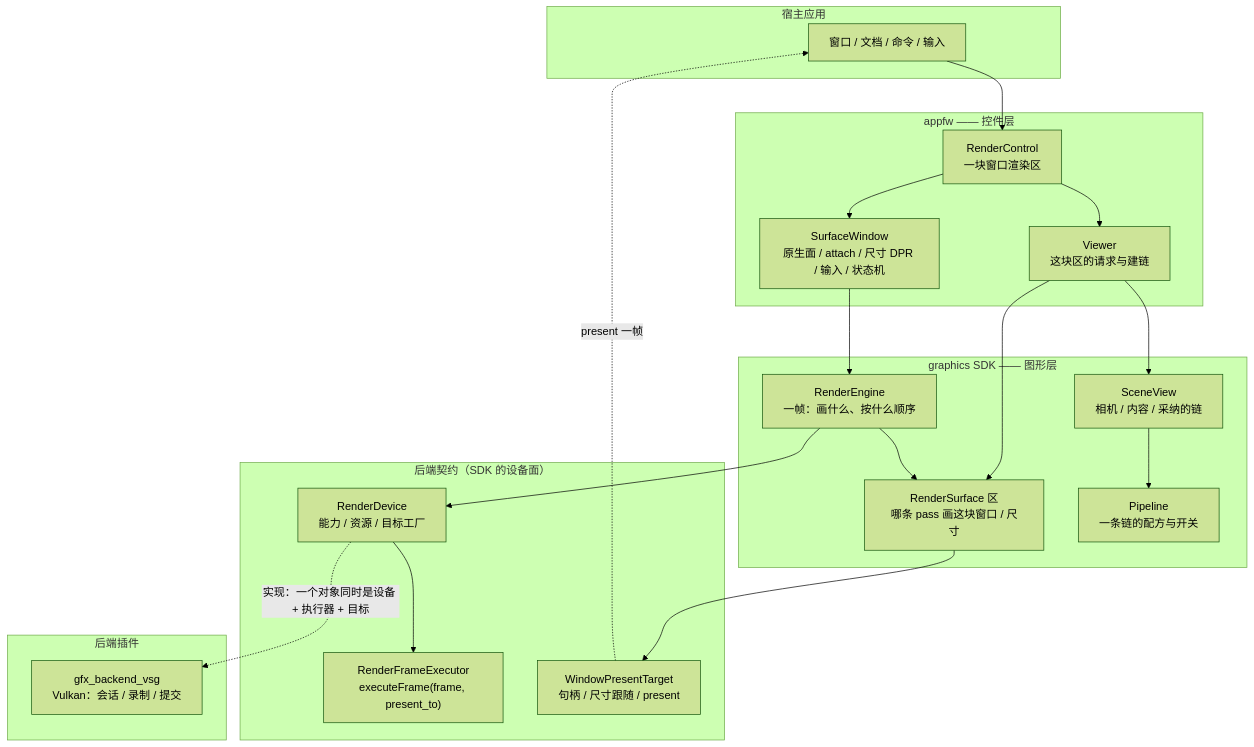
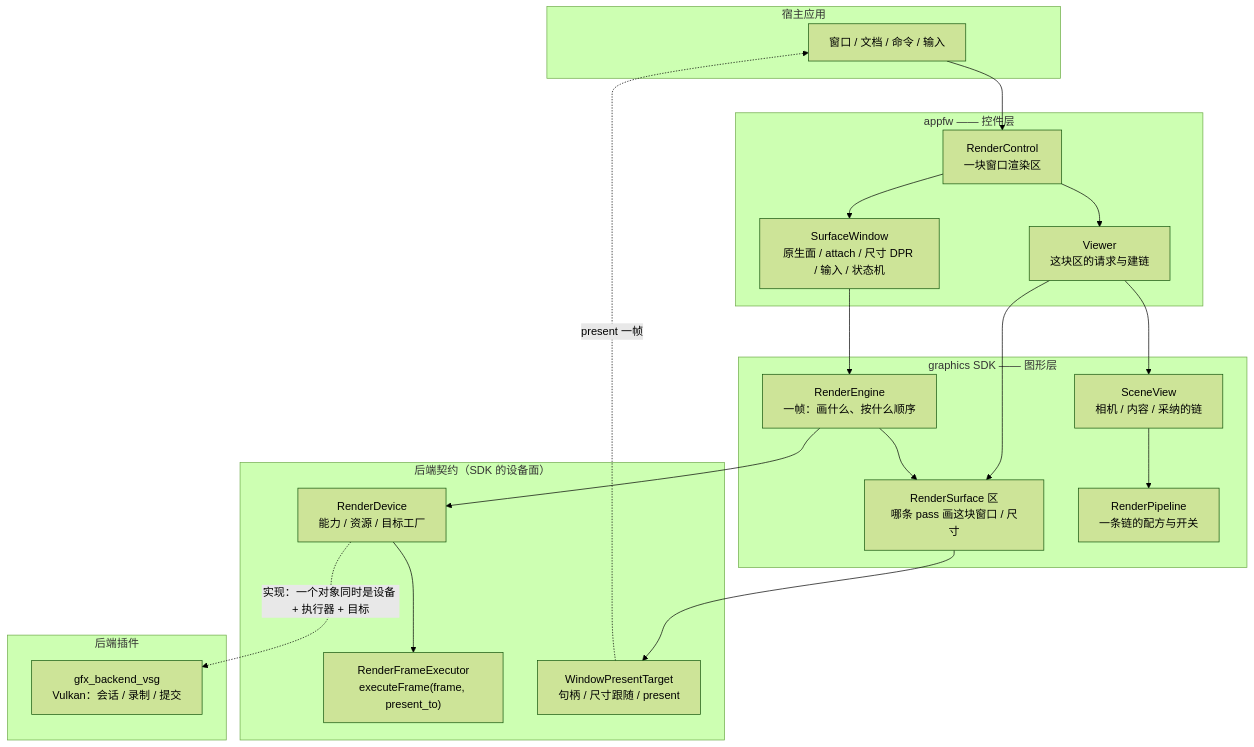
The first of 2 diagrams in docs/guides/render-views.md (lonelyong/Vine), drawn with Mermaid (forest theme) before and after one commit. The commit also changed other lines of this file and 41 other files, not shown here.

First line of the commit message:
graphics: the pass chain is RenderPipeline, not a PSO (K1)

````diff
--- a/docs/guides/render-views.md
+++ b/docs/guides/render-views.md
@@ -29,43 +29,43 @@
 ```mermaid
 graph TB
     subgraph app["宿主应用"]
         HOST["窗口 / 文档 / 命令 / 输入"]
     end
 
     subgraph fw["appfw —— 控件层"]
         RC["RenderControl<br/>一块窗口渲染区"]
         SW["SurfaceWindow<br/>原生面 / attach / 尺寸 DPR / 输入 / 状态机"]
         VW["Viewer<br/>这块区的请求与建链"]
     end
 
     subgraph gfx["graphics SDK —— 图形层"]
         ENG["RenderEngine<br/>一帧：画什么、按什么顺序"]
         VIEW["SceneView<br/>相机 / 内容 / 采纳的链"]
         AREA["RenderSurface 区<br/>哪条 pass 画这块窗口 / 尺寸"]
-        PIPE["Pipeline<br/>一条链的配方与开关"]
+        PIPE["RenderPipeline<br/>一条链的配方与开关"]
     end
 
     subgraph contract["后端契约（SDK 的设备面）"]
         DEV["RenderDevice<br/>能力 / 资源 / 目标工厂"]
         EXE["RenderFrameExecutor<br/>executeFrame(frame, present_to)"]
         TGT["WindowPresentTarget<br/>句柄 / 尺寸跟随 / present"]
     end
 
     subgraph plugin["后端插件"]
         VSG["gfx_backend_vsg<br/>Vulkan：会话 / 录制 / 提交"]
     end
 
     HOST --> RC
     RC --> SW
     RC --> VW
     SW --> ENG
     VW --> VIEW
     VIEW --> PIPE
     VW --> AREA
     ENG --> AREA
     ENG --> DEV
     DEV --> EXE
     DEV -.->|实现：一个对象同时是设备 + 执行器 + 目标| VSG
     AREA --> TGT
     TGT -.->|present 一帧| HOST
 ```
````
